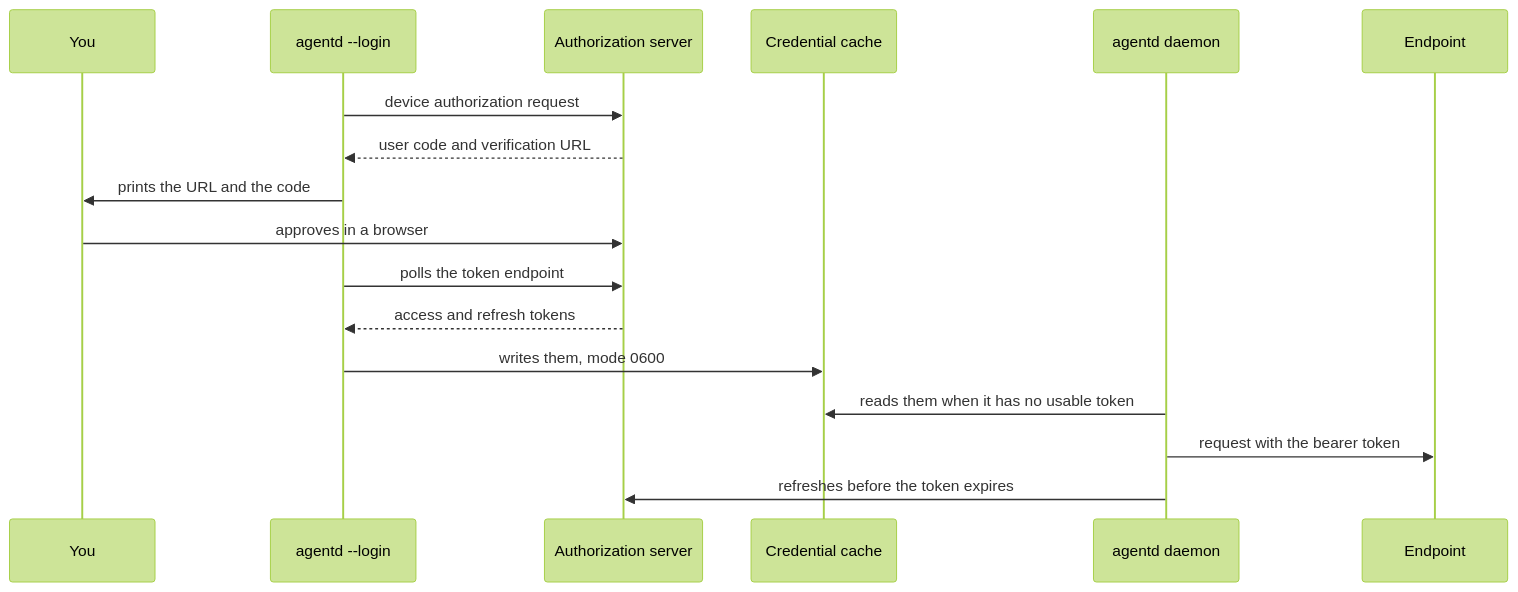
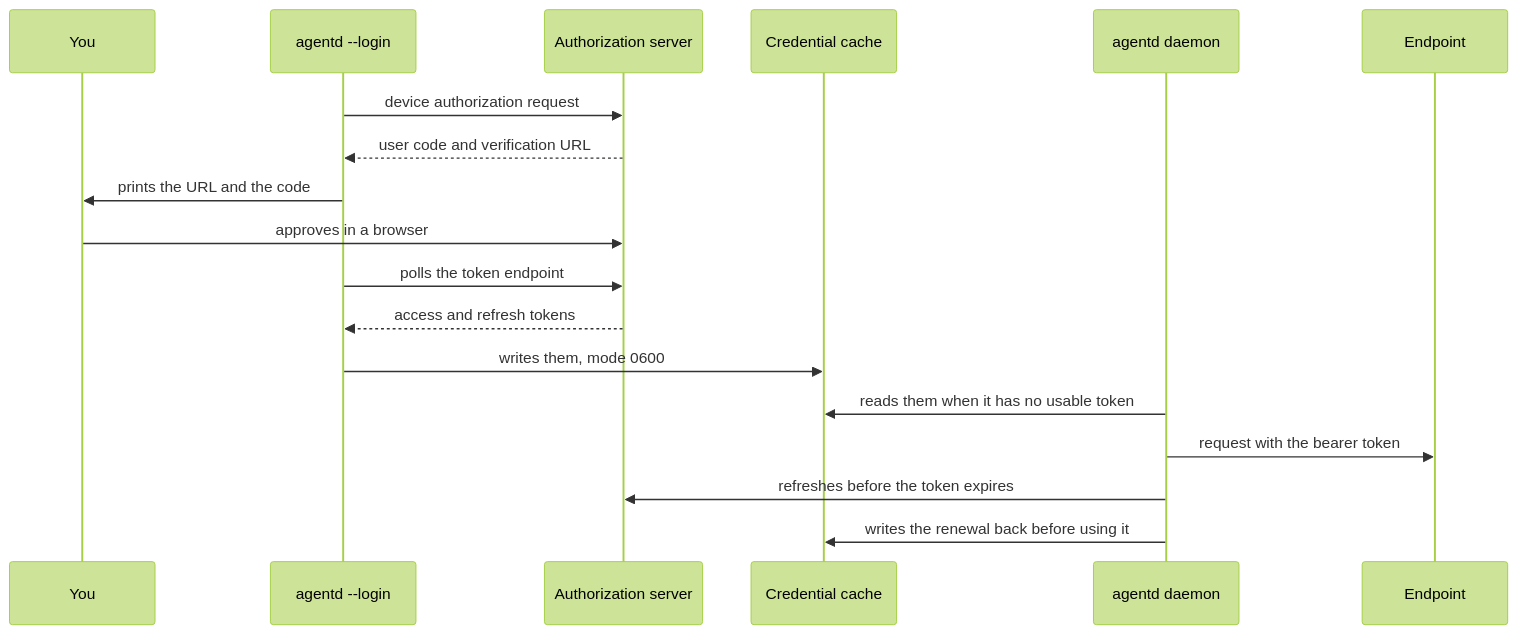
Before and after one commit to agentd-dev/source-code: the diagram in docs/authentication.md, drawn with Mermaid (forest theme). The commit also changed other lines of this file and 40 other files, not shown here.

````diff
--- a/docs/authentication.md
+++ b/docs/authentication.md
@@ -243,19 +302,20 @@
 ```mermaid
 sequenceDiagram
   participant P as You
   participant L as agentd --login
   participant AS as Authorization server
   participant C as Credential cache
   participant D as agentd daemon
   participant E as Endpoint
   L->>AS: device authorization request
   AS-->>L: user code and verification URL
   L->>P: prints the URL and the code
   P->>AS: approves in a browser
   L->>AS: polls the token endpoint
   AS-->>L: access and refresh tokens
   L->>C: writes them, mode 0600
   D->>C: reads them when it has no usable token
   D->>E: request with the bearer token
   D->>AS: refreshes before the token expires
+  D->>C: writes the renewal back before using it
 ```
````
